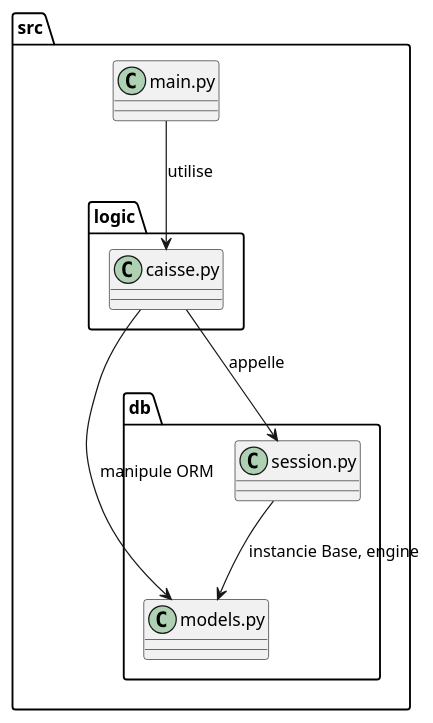
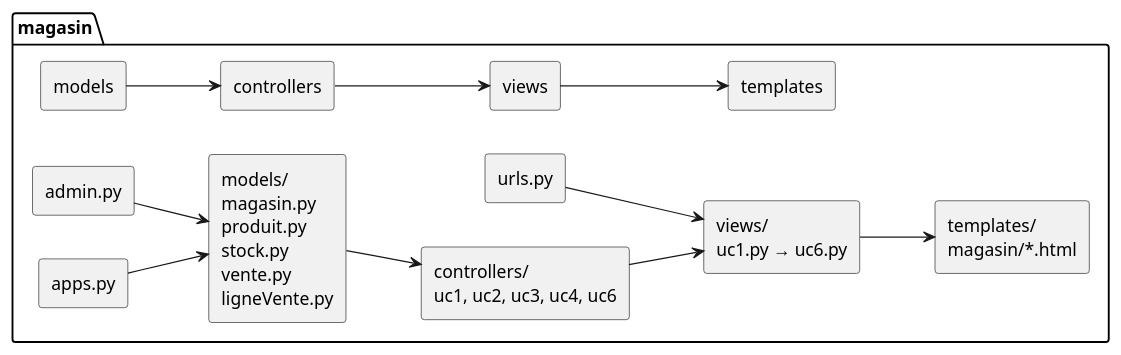
The diagram in docs/UML/vue-implementation.puml (TalipKoyluoglu/LOG430-Labo3), drawn with PlantUML before and after one commit. The commit also changed 36 other files, not shown here.

```diff
--- a/docs/UML/vue-implementation.puml
+++ b/docs/UML/vue-implementation.puml
@@ -1,20 +1,25 @@
-@startuml
-package "src" {
-  package "logic" {
-    class "caisse.py" as Logique
-  }
+@startuml VueImplementation
+skinparam componentStyle rectangle
+left to right direction
 
-  package "db" {
-    class "models.py" as Modeles
-    class "session.py" as Session
-  }
+package "magasin" {
+    [models] --> [controllers]
+    [controllers] --> [views]
+    [views] --> [templates]
 
-  class "main.py" as Main
+    component "models/\nmagasin.py\nproduit.py\nstock.py\nvente.py\nligneVente.py" as Models
+    component "controllers/\nuc1, uc2, uc3, uc4, uc6" as Controllers
+    component "views/\nuc1.py → uc6.py" as Views
+    component "templates/\nmagasin/*.html" as Templates
+    component "urls.py" as URLs
+    component "admin.py" as Admin
+    component "apps.py" as AppConfig
+
+    Models --> Controllers
+    Controllers --> Views
+    Views --> Templates
+    URLs --> Views
+    Admin --> Models
+    AppConfig --> Models
 }
-
-Main --> Logique : utilise
-Logique --> Session : appelle
-Logique --> Modeles : manipule ORM
-Session --> Modeles : instancie Base, engine
-
 @enduml
```
